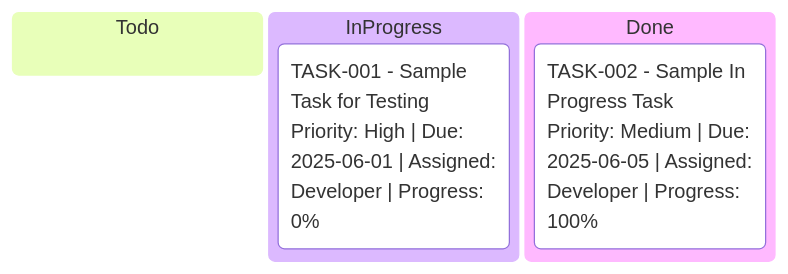
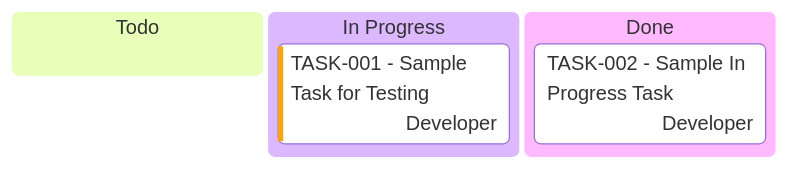
The first of 2 diagrams in plan.md (Interstellar-code/taskheromd), drawn with Mermaid before and after one commit. The commit also changed other lines of this file and 8 other files, not shown here.

````diff
--- a/plan.md
+++ b/plan.md
@@ -13,11 +13,14 @@
 ```mermaid
+---
+config:
+  kanban:
+    ticketBaseUrl: 'https://project.atlassian.net/browse/#TICKET#'
+---
 kanban
-    Todo
+  Todo
     
-    InProgress
-            task-TASK-001[TASK-001 - Sample Task for Testing
-Priority: High | Due: 2025-06-01 | Assigned: Developer | Progress: 0%]
-    Done
-            task-TASK-002[TASK-002 - Sample In Progress Task
-Priority: Medium | Due: 2025-06-05 | Assigned: Developer | Progress: 100%]
+  [In Progress]
+        task-001[TASK-001 - Sample Task for Testing]@{ priority: 'High', assigned: 'Developer', due: '2025-06-01' }
+  [Done]
+        task-002[TASK-002 - Sample In Progress Task]@{ priority: 'Medium', assigned: 'Developer', due: '2025-06-05' }
 ```
````
